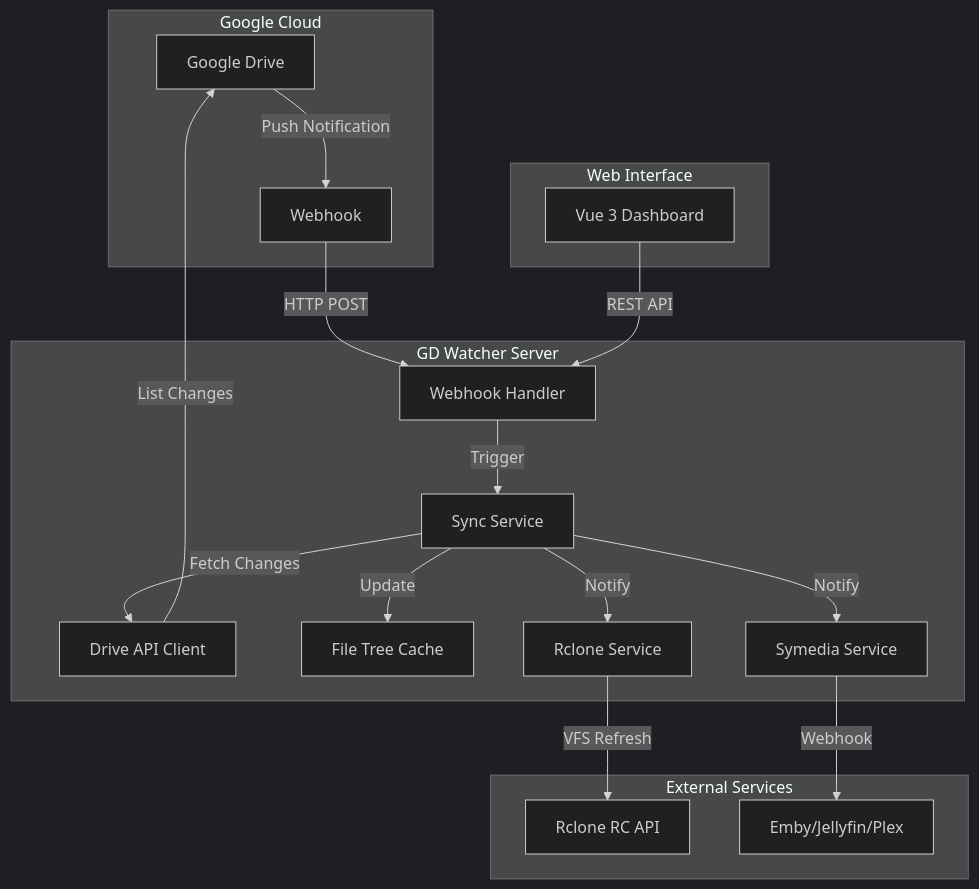
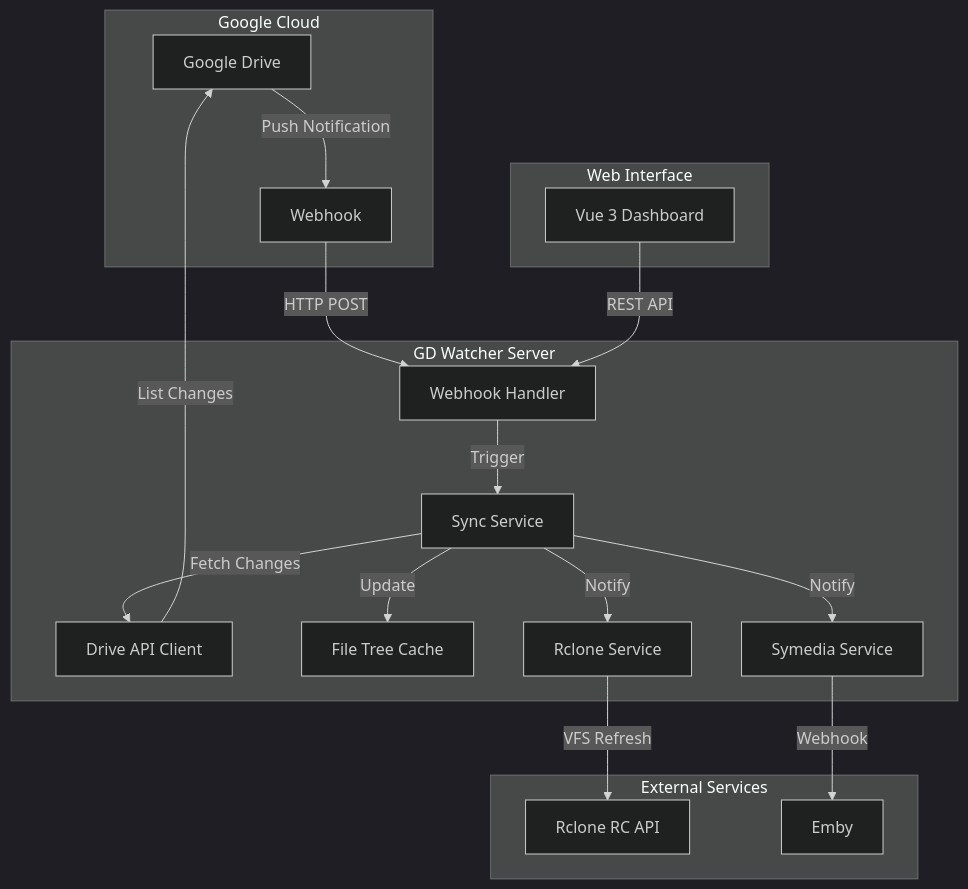
Before and after one commit to PiliPili-Team/gugugaga-go: the first of 2 diagrams in docs/ARCHITECTURE.md, drawn with Mermaid (dark theme). The commit also changed other lines of this file and 12 other files, not shown here.

````diff
--- a/docs/ARCHITECTURE.md
+++ b/docs/ARCHITECTURE.md
@@ -11,28 +11,28 @@
 ```mermaid
 flowchart TB
     subgraph Google["Google Cloud"]
         GD[Google Drive]
         GD -->|Push Notification| WH[Webhook]
     end
 
     subgraph Server["GD Watcher Server"]
         WH -->|HTTP POST| Handler[Webhook Handler]
         Handler -->|Trigger| Sync[Sync Service]
         Sync -->|Fetch Changes| DriveAPI[Drive API Client]
         DriveAPI -->|List Changes| GD
         
         Sync -->|Update| FileTree[File Tree Cache]
         Sync -->|Notify| Rclone[Rclone Service]
         Sync -->|Notify| Symedia[Symedia Service]
     end
 
     subgraph Integrations["External Services"]
         Rclone -->|VFS Refresh| RcloneRC[Rclone RC API]
-        Symedia -->|Webhook| MediaServer[Emby/Jellyfin/Plex]
+        Symedia -->|Webhook| MediaServer[Emby]
     end
 
     subgraph UI["Web Interface"]
         WebUI[Vue 3 Dashboard]
         WebUI -->|REST API| Handler
     end
 ```
````
